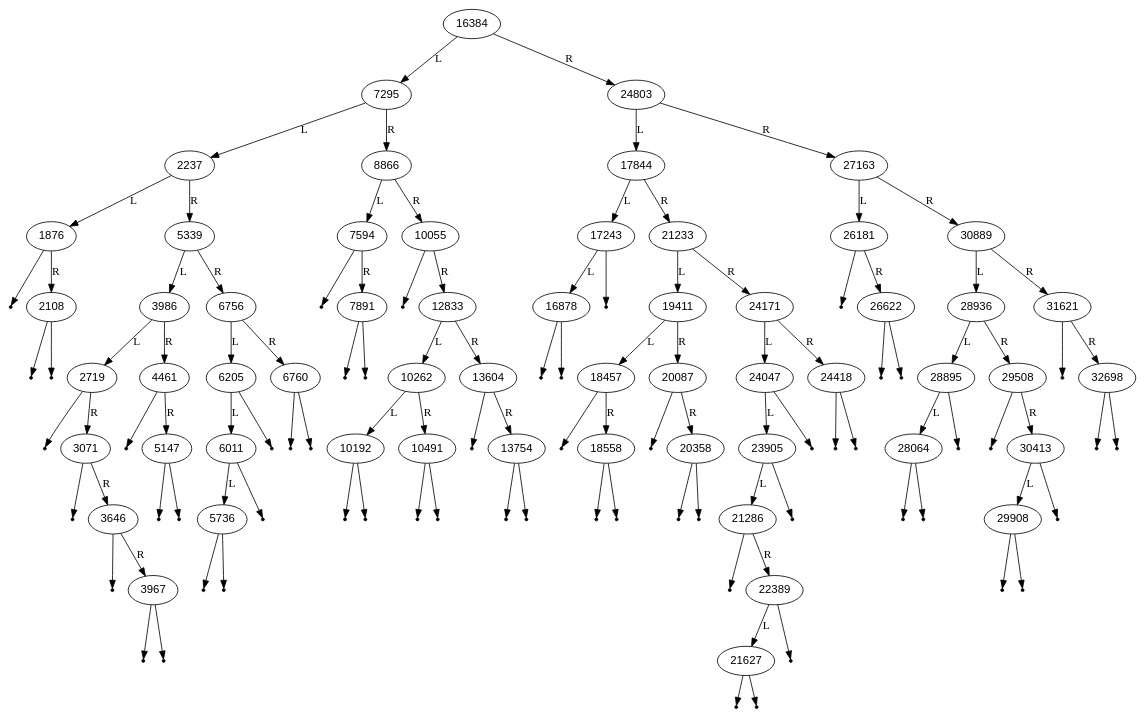
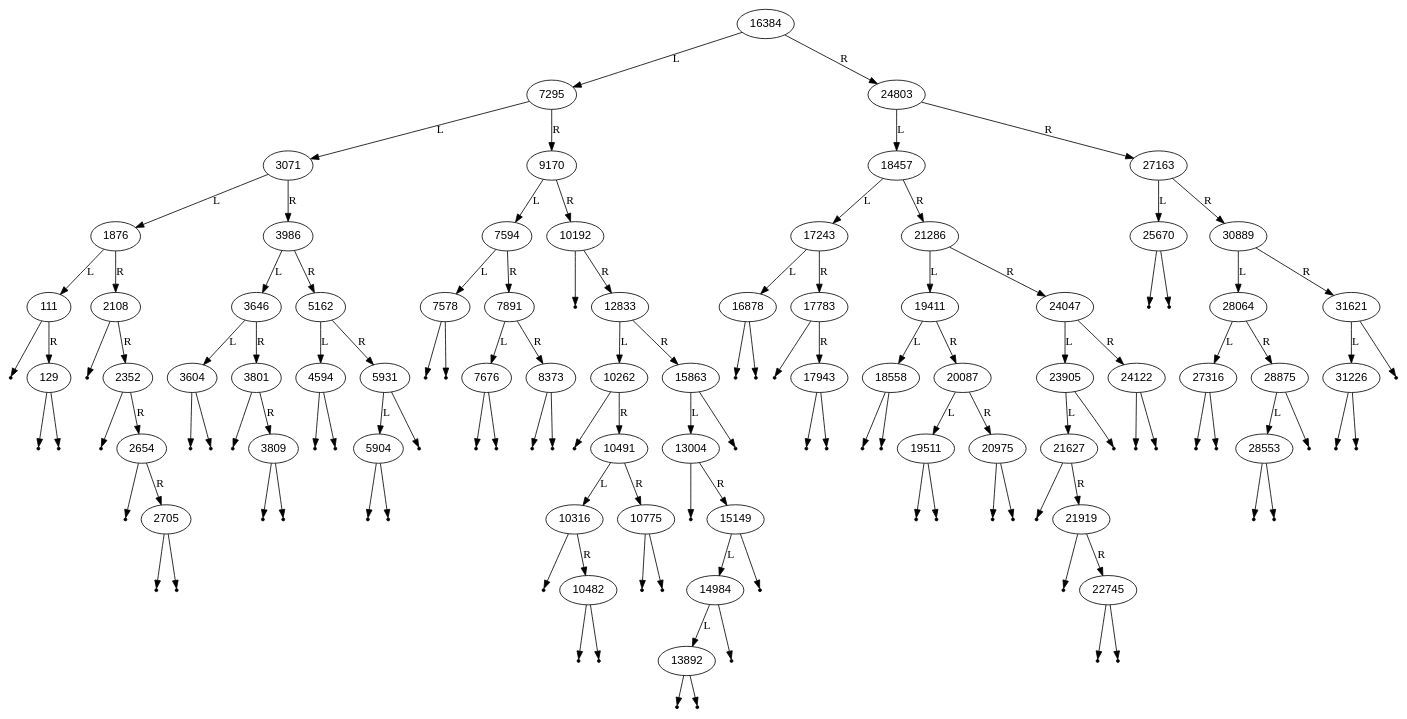
One commit to TarisMajor/5243-Advanced-Algorithms changed the diagram in Assignments/P01/bst64_D_snapshot.dot. Above: the diagram before and after it, drawn with Graphviz. The commit also changed 2 other files, not shown here.

```diff
--- a/Assignments/P01/bst64_D_snapshot.dot
+++ b/Assignments/P01/bst64_D_snapshot.dot
@@ -1,175 +1,196 @@
 digraph BST {
     node [fontname="Arial"];
     16384 -> 7295 [label="L"];
-    7295 -> 2237 [label="L"];
-    2237 -> 1876 [label="L"];
-    nullL1876 [shape=point];
-    1876 -> nullL1876;
+    7295 -> 3071 [label="L"];
+    3071 -> 1876 [label="L"];
+    1876 -> 111 [label="L"];
+    nullL111 [shape=point];
+    111 -> nullL111;
+    111 -> 129 [label="R"];
+    nullL129 [shape=point];
+    129 -> nullL129;
+    nullR129 [shape=point];
+    129 -> nullR129;
     1876 -> 2108 [label="R"];
     nullL2108 [shape=point];
     2108 -> nullL2108;
-    nullR2108 [shape=point];
-    2108 -> nullR2108;
-    2237 -> 5339 [label="R"];
-    5339 -> 3986 [label="L"];
-    3986 -> 2719 [label="L"];
-    nullL2719 [shape=point];
-    2719 -> nullL2719;
-    2719 -> 3071 [label="R"];
-    nullL3071 [shape=point];
-    3071 -> nullL3071;
-    3071 -> 3646 [label="R"];
-    nullL3646 [shape=point];
-    3646 -> nullL3646;
-    3646 -> 3967 [label="R"];
-    nullL3967 [shape=point];
-    3967 -> nullL3967;
-    nullR3967 [shape=point];
-    3967 -> nullR3967;
-    3986 -> 4461 [label="R"];
-    nullL4461 [shape=point];
-    4461 -> nullL4461;
-    4461 -> 5147 [label="R"];
-    nullL5147 [shape=point];
-    5147 -> nullL5147;
-    nullR5147 [shape=point];
-    5147 -> nullR5147;
-    5339 -> 6756 [label="R"];
-    6756 -> 6205 [label="L"];
-    6205 -> 6011 [label="L"];
-    6011 -> 5736 [label="L"];
-    nullL5736 [shape=point];
-    5736 -> nullL5736;
-    nullR5736 [shape=point];
-    5736 -> nullR5736;
-    nullR6011 [shape=point];
-    6011 -> nullR6011;
-    nullR6205 [shape=point];
-    6205 -> nullR6205;
-    6756 -> 6760 [label="R"];
-    nullL6760 [shape=point];
-    6760 -> nullL6760;
-    nullR6760 [shape=point];
-    6760 -> nullR6760;
-    7295 -> 8866 [label="R"];
-    8866 -> 7594 [label="L"];
-    nullL7594 [shape=point];
-    7594 -> nullL7594;
+    2108 -> 2352 [label="R"];
+    nullL2352 [shape=point];
+    2352 -> nullL2352;
+    2352 -> 2654 [label="R"];
+    nullL2654 [shape=point];
+    2654 -> nullL2654;
+    2654 -> 2705 [label="R"];
+    nullL2705 [shape=point];
+    2705 -> nullL2705;
+    nullR2705 [shape=point];
+    2705 -> nullR2705;
+    3071 -> 3986 [label="R"];
+    3986 -> 3646 [label="L"];
+    3646 -> 3604 [label="L"];
+    nullL3604 [shape=point];
+    3604 -> nullL3604;
+    nullR3604 [shape=point];
+    3604 -> nullR3604;
+    3646 -> 3801 [label="R"];
+    nullL3801 [shape=point];
+    3801 -> nullL3801;
+    3801 -> 3809 [label="R"];
+    nullL3809 [shape=point];
+    3809 -> nullL3809;
+    nullR3809 [shape=point];
+    3809 -> nullR3809;
+    3986 -> 5162 [label="R"];
+    5162 -> 4594 [label="L"];
+    nullL4594 [shape=point];
+    4594 -> nullL4594;
+    nullR4594 [shape=point];
+    4594 -> nullR4594;
+    5162 -> 5931 [label="R"];
+    5931 -> 5904 [label="L"];
+    nullL5904 [shape=point];
+    5904 -> nullL5904;
+    nullR5904 [shape=point];
+    5904 -> nullR5904;
+    nullR5931 [shape=point];
+    5931 -> nullR5931;
+    7295 -> 9170 [label="R"];
+    9170 -> 7594 [label="L"];
+    7594 -> 7578 [label="L"];
+    nullL7578 [shape=point];
+    7578 -> nullL7578;
+    nullR7578 [shape=point];
+    7578 -> nullR7578;
     7594 -> 7891 [label="R"];
-    nullL7891 [shape=point];
-    7891 -> nullL7891;
-    nullR7891 [shape=point];
-    7891 -> nullR7891;
-    8866 -> 10055 [label="R"];
-    nullL10055 [shape=point];
-    10055 -> nullL10055;
-    10055 -> 12833 [label="R"];
-    12833 -> 10262 [label="L"];
-    10262 -> 10192 [label="L"];
+    7891 -> 7676 [label="L"];
+    nullL7676 [shape=point];
+    7676 -> nullL7676;
+    nullR7676 [shape=point];
+    7676 -> nullR7676;
+    7891 -> 8373 [label="R"];
+    nullL8373 [shape=point];
+    8373 -> nullL8373;
+    nullR8373 [shape=point];
+    8373 -> nullR8373;
+    9170 -> 10192 [label="R"];
     nullL10192 [shape=point];
     10192 -> nullL10192;
-    nullR10192 [shape=point];
-    10192 -> nullR10192;
+    10192 -> 12833 [label="R"];
+    12833 -> 10262 [label="L"];
+    nullL10262 [shape=point];
+    10262 -> nullL10262;
     10262 -> 10491 [label="R"];
-    nullL10491 [shape=point];
-    10491 -> nullL10491;
-    nullR10491 [shape=point];
-    10491 -> nullR10491;
-    12833 -> 13604 [label="R"];
-    nullL13604 [shape=point];
-    13604 -> nullL13604;
-    13604 -> 13754 [label="R"];
-    nullL13754 [shape=point];
-    13754 -> nullL13754;
-    nullR13754 [shape=point];
-    13754 -> nullR13754;
+    10491 -> 10316 [label="L"];
+    nullL10316 [shape=point];
+    10316 -> nullL10316;
+    10316 -> 10482 [label="R"];
+    nullL10482 [shape=point];
+    10482 -> nullL10482;
+    nullR10482 [shape=point];
+    10482 -> nullR10482;
+    10491 -> 10775 [label="R"];
+    nullL10775 [shape=point];
+    10775 -> nullL10775;
+    nullR10775 [shape=point];
+    10775 -> nullR10775;
+    12833 -> 15863 [label="R"];
+    15863 -> 13004 [label="L"];
+    nullL13004 [shape=point];
+    13004 -> nullL13004;
+    13004 -> 15149 [label="R"];
+    15149 -> 14984 [label="L"];
+    14984 -> 13892 [label="L"];
+    nullL13892 [shape=point];
+    13892 -> nullL13892;
+    nullR13892 [shape=point];
+    13892 -> nullR13892;
+    nullR14984 [shape=point];
+    14984 -> nullR14984;
+    nullR15149 [shape=point];
+    15149 -> nullR15149;
+    nullR15863 [shape=point];
+    15863 -> nullR15863;
     16384 -> 24803 [label="R"];
-    24803 -> 17844 [label="L"];
-    17844 -> 17243 [label="L"];
+    24803 -> 18457 [label="L"];
+    18457 -> 17243 [label="L"];
     17243 -> 16878 [label="L"];
     nullL16878 [shape=point];
     16878 -> nullL16878;
     nullR16878 [shape=point];
     16878 -> nullR16878;
-    nullR17243 [shape=point];
-    17243 -> nullR17243;
-    17844 -> 21233 [label="R"];
-    21233 -> 19411 [label="L"];
-    19411 -> 18457 [label="L"];
-    nullL18457 [shape=point];
-    18457 -> nullL18457;
-    18457 -> 18558 [label="R"];
+    17243 -> 17783 [label="R"];
+    nullL17783 [shape=point];
+    17783 -> nullL17783;
+    17783 -> 17943 [label="R"];
+    nullL17943 [shape=point];
+    17943 -> nullL17943;
+    nullR17943 [shape=point];
+    17943 -> nullR17943;
+    18457 -> 21286 [label="R"];
+    21286 -> 19411 [label="L"];
+    19411 -> 18558 [label="L"];
     nullL18558 [shape=point];
     18558 -> nullL18558;
     nullR18558 [shape=point];
     18558 -> nullR18558;
     19411 -> 20087 [label="R"];
-    nullL20087 [shape=point];
-    20087 -> nullL20087;
-    20087 -> 20358 [label="R"];
-    nullL20358 [shape=point];
-    20358 -> nullL20358;
-    nullR20358 [shape=point];
-    20358 -> nullR20358;
-    21233 -> 24171 [label="R"];
-    24171 -> 24047 [label="L"];
+    20087 -> 19511 [label="L"];
+    nullL19511 [shape=point];
+    19511 -> nullL19511;
+    nullR19511 [shape=point];
+    19511 -> nullR19511;
+    20087 -> 20975 [label="R"];
+    nullL20975 [shape=point];
+    20975 -> nullL20975;
+    nullR20975 [shape=point];
+    20975 -> nullR20975;
+    21286 -> 24047 [label="R"];
     24047 -> 23905 [label="L"];
-    23905 -> 21286 [label="L"];
-    nullL21286 [shape=point];
-    21286 -> nullL21286;
-    21286 -> 22389 [label="R"];
-    22389 -> 21627 [label="L"];
+    23905 -> 21627 [label="L"];
     nullL21627 [shape=point];
     21627 -> nullL21627;
-    nullR21627 [shape=point];
-    21627 -> nullR21627;
-    nullR22389 [shape=point];
-    22389 -> nullR22389;
+    21627 -> 21919 [label="R"];
+    nullL21919 [shape=point];
+    21919 -> nullL21919;
+    21919 -> 22745 [label="R"];
+    nullL22745 [shape=point];
+    22745 -> nullL22745;
+    nullR22745 [shape=point];
+    22745 -> nullR22745;
     nullR23905 [shape=point];
     23905 -> nullR23905;
-    nullR24047 [shape=point];
-    24047 -> nullR24047;
-    24171 -> 24418 [label="R"];
-    nullL24418 [shape=point];
-    24418 -> nullL24418;
-    nullR24418 [shape=point];
-    24418 -> nullR24418;
+    24047 -> 24122 [label="R"];
+    nullL24122 [shape=point];
+    24122 -> nullL24122;
+    nullR24122 [shape=point];
+    24122 -> nullR24122;
     24803 -> 27163 [label="R"];
-    27163 -> 26181 [label="L"];
-    nullL26181 [shape=point];
-    26181 -> nullL26181;
-    26181 -> 26622 [label="R"];
-    nullL26622 [shape=point];
-    26622 -> nullL26622;
-    nullR26622 [shape=point];
-    26622 -> nullR26622;
+    27163 -> 25670 [label="L"];
+    nullL25670 [shape=point];
+    25670 -> nullL25670;
+    nullR25670 [shape=point];
+    25670 -> nullR25670;
     27163 -> 30889 [label="R"];
-    30889 -> 28936 [label="L"];
-    28936 -> 28895 [label="L"];
-    28895 -> 28064 [label="L"];
-    nullL28064 [shape=point];
-    28064 -> nullL28064;
-    nullR28064 [shape=point];
-    28064 -> nullR28064;
-    nullR28895 [shape=point];
-    28895 -> nullR28895;
-    28936 -> 29508 [label="R"];
-    nullL29508 [shape=point];
-    29508 -> nullL29508;
-    29508 -> 30413 [label="R"];
-    30413 -> 29908 [label="L"];
-    nullL29908 [shape=point];
-    29908 -> nullL29908;
-    nullR29908 [shape=point];
-    29908 -> nullR29908;
-    nullR30413 [shape=point];
-    30413 -> nullR30413;
+    30889 -> 28064 [label="L"];
+    28064 -> 27316 [label="L"];
+    nullL27316 [shape=point];
+    27316 -> nullL27316;
+    nullR27316 [shape=point];
+    27316 -> nullR27316;
+    28064 -> 28875 [label="R"];
+    28875 -> 28553 [label="L"];
+    nullL28553 [shape=point];
+    28553 -> nullL28553;
+    nullR28553 [shape=point];
+    28553 -> nullR28553;
+    nullR28875 [shape=point];
+    28875 -> nullR28875;
     30889 -> 31621 [label="R"];
-    nullL31621 [shape=point];
-    31621 -> nullL31621;
-    31621 -> 32698 [label="R"];
-    nullL32698 [shape=point];
-    32698 -> nullL32698;
-    nullR32698 [shape=point];
-    32698 -> nullR32698;
+    31621 -> 31226 [label="L"];
+    nullL31226 [shape=point];
+    31226 -> nullL31226;
+    nullR31226 [shape=point];
+    31226 -> nullR31226;
+    nullR31621 [shape=point];
+    31621 -> nullR31621;
 }
```
